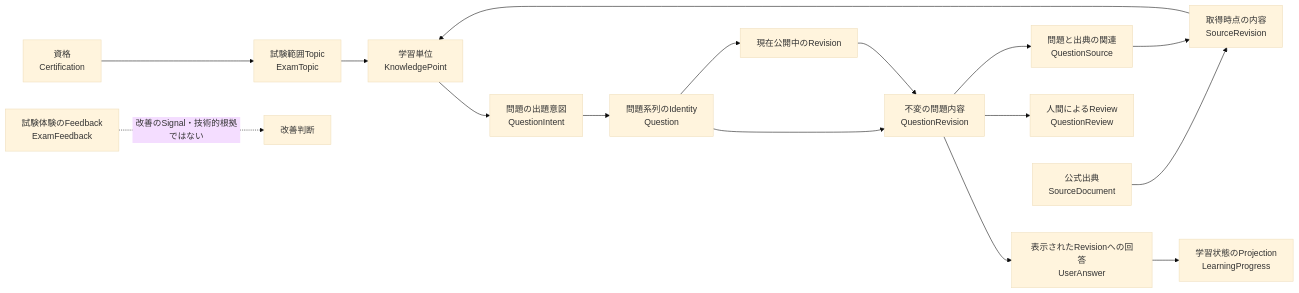
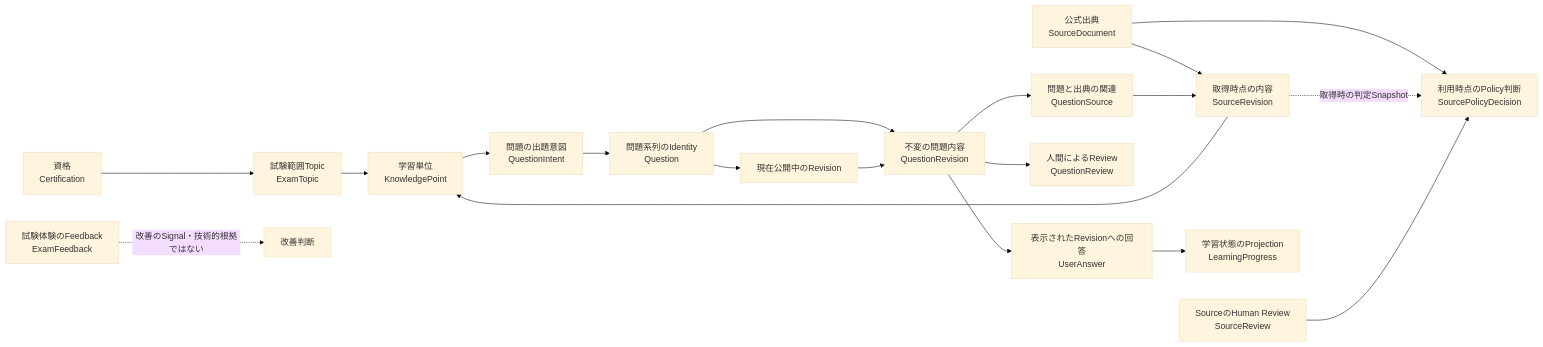
One commit to abi-yusuke-wada/refriq changed the diagram in docs/domain/README.md. Above: the diagram before and after it, drawn with Mermaid (base theme). The commit also changed other lines of this file and 13 other files, not shown here.

````diff
--- a/docs/domain/README.md
+++ b/docs/domain/README.md
@@ -14,18 +15,21 @@
 ```mermaid
 flowchart LR
   C[資格<br/>Certification] --> T[試験範囲Topic<br/>ExamTopic]
   T --> K[学習単位<br/>KnowledgePoint]
   SD[公式出典<br/>SourceDocument] --> SR[取得時点の内容<br/>SourceRevision]
+  SD --> PD[利用時点のPolicy判断<br/>SourcePolicyDecision]
+  SR -. 取得時の判定Snapshot .-> PD
+  HSR[SourceのHuman Review<br/>SourceReview] --> PD
   SR --> K
   K --> I[問題の出題意図<br/>QuestionIntent]
   I --> Q[問題系列のIdentity<br/>Question]
   Q --> QR[不変の問題内容<br/>QuestionRevision]
   QR --> QS[問題と出典の関連<br/>QuestionSource]
   QS --> SR
   QR --> R[人間によるReview<br/>QuestionReview]
   Q --> CP[現在公開中のRevision]
   CP --> QR
   QR --> UA[表示されたRevisionへの回答<br/>UserAnswer]
   UA --> LP[学習状態のProjection<br/>LearningProgress]
   EF[試験体験のFeedback<br/>ExamFeedback] -. 改善のSignal・技術的根拠ではない .-> ID[改善判断]
 ```
````
